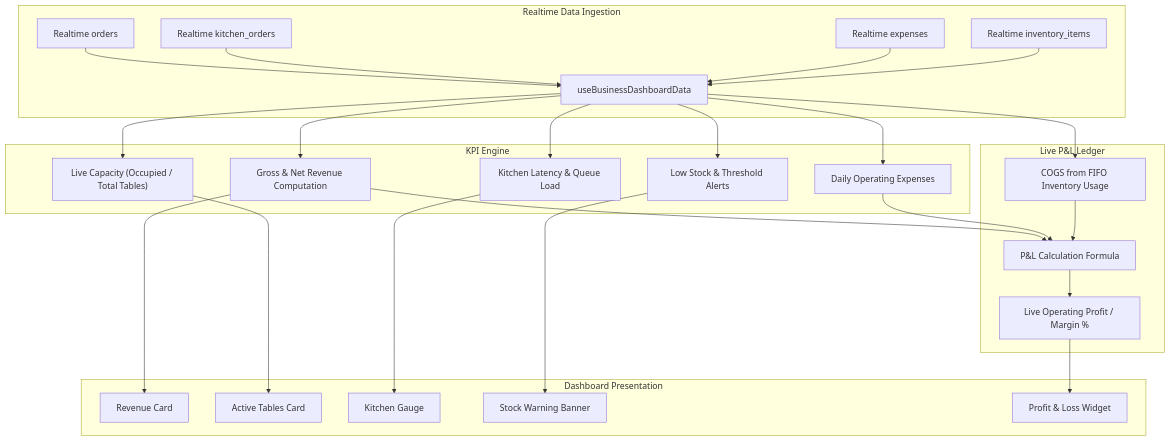
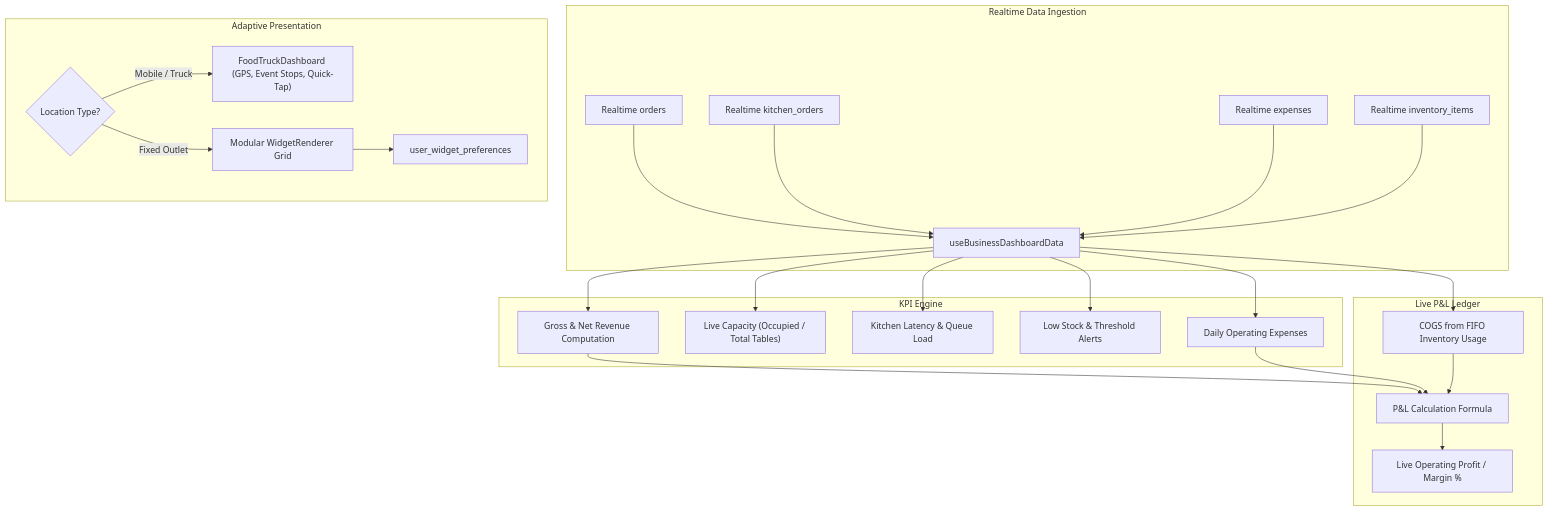
Before and after one commit to sudipjangam/tasty-bite-harbor: the second of 13 diagrams in docs/OPERATIONS_WORKFLOW_AND_INTEGRATION_GUIDE.md, drawn with Mermaid. The commit also changed other lines of this file and 4 other files, not shown here.

````diff
--- a/docs/OPERATIONS_WORKFLOW_AND_INTEGRATION_GUIDE.md
+++ b/docs/OPERATIONS_WORKFLOW_AND_INTEGRATION_GUIDE.md
@@ -66,33 +78,32 @@
 ```mermaid
 flowchart TD
     subgraph Ingestion ["Realtime Data Ingestion"]
         CH1["Realtime orders"] --> DATA["useBusinessDashboardData"]
         CH2["Realtime kitchen_orders"] --> DATA
         CH3["Realtime expenses"] --> DATA
         CH4["Realtime inventory_items"] --> DATA
     end
 
     subgraph Computation ["KPI Engine"]
         DATA --> REV["Gross & Net Revenue Computation"]
         DATA --> TBL["Live Capacity (Occupied / Total Tables)"]
         DATA --> KDS_LAT["Kitchen Latency & Queue Load"]
         DATA --> INV_ALERT["Low Stock & Threshold Alerts"]
         DATA --> EXP_CALC["Daily Operating Expenses"]
     end
 
     subgraph PnL ["Live P&L Ledger"]
         REV --> PNL_ENGINE["P&L Calculation Formula"]
         EXP_CALC --> PNL_ENGINE
         DATA --> FIFO_COGS["COGS from FIFO Inventory Usage"]
         FIFO_COGS --> PNL_ENGINE
         PNL_ENGINE --> PROFIT["Live Operating Profit / Margin %"]
     end
 
-    subgraph UI ["Dashboard Presentation"]
-        REV --> KPI1["Revenue Card"]
-        TBL --> KPI2["Active Tables Card"]
-        KDS_LAT --> KPI3["Kitchen Gauge"]
-        INV_ALERT --> KPI4["Stock Warning Banner"]
-        PROFIT --> KPI5["Profit & Loss Widget"]
+    subgraph Presentation ["Adaptive Presentation"]
+        CHECK_TYPE{"Location Type?"}
+        CHECK_TYPE -- Mobile / Truck --> TRUCK["FoodTruckDashboard (GPS, Event Stops, Quick-Tap)"]
+        CHECK_TYPE -- Fixed Outlet --> WIDGET_GRID["Modular WidgetRenderer Grid"]
+        WIDGET_GRID --> PREF["user_widget_preferences"]
     end
 ```
````
